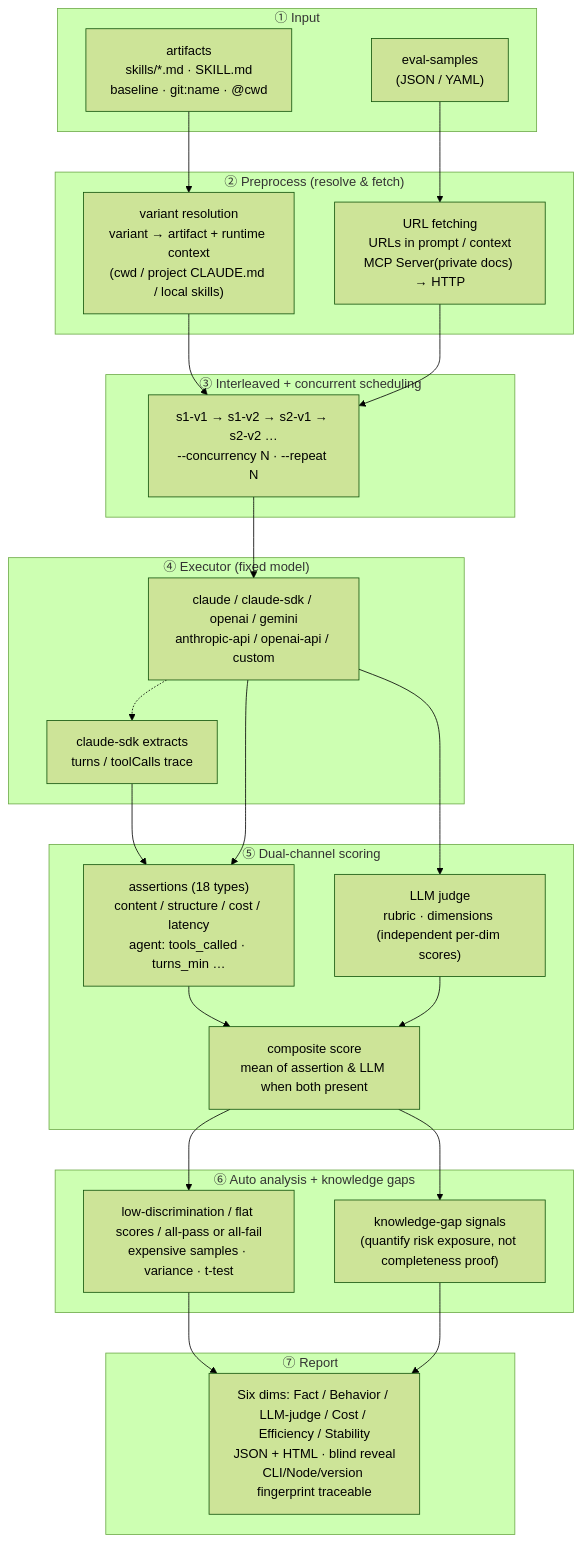
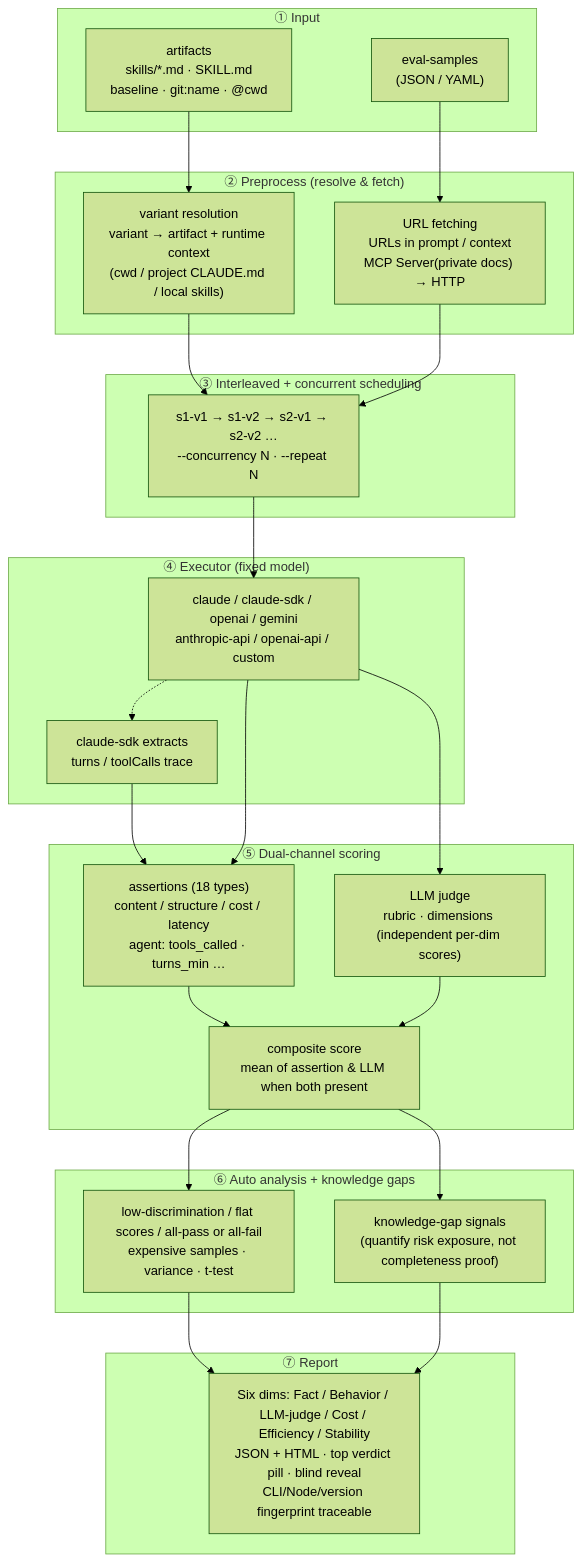
The diagram in README.md (lizhiyao/oh-my-knowledge), drawn with Mermaid (forest theme) before and after one commit. The commit also changed other lines of this file and 1 other file, not shown here.

First line of the commit message:
docs: README zh + en 同步更新到 v0.23 — verdict / RAG / budget / diagnose / failures

````diff
--- a/README.md
+++ b/README.md
@@ -91,52 +97,52 @@
 ```mermaid
 flowchart TD
     subgraph Input["① Input"]
         S["eval-samples<br/>(JSON / YAML)"]
         A["artifacts<br/>skills/*.md · SKILL.md<br/>baseline · git:name · @cwd"]
     end
 
     subgraph Prep["② Preprocess (resolve & fetch)"]
         V["variant resolution<br/>variant → artifact + runtime context<br/>(cwd / project CLAUDE.md / local skills)"]
         U["URL fetching<br/>URLs in prompt / context<br/>MCP Server(private docs) → HTTP"]
     end
 
     subgraph Schedule["③ Interleaved + concurrent scheduling"]
         Q["s1-v1 → s1-v2 → s2-v1 → s2-v2 …<br/>--concurrency N · --repeat N"]
     end
 
     subgraph Exec["④ Executor (fixed model)"]
         E["claude / claude-sdk / openai / gemini<br/>anthropic-api / openai-api / custom"]
         T["claude-sdk extracts<br/>turns / toolCalls trace"]
         E -.-> T
     end
 
     subgraph Score["⑤ Dual-channel scoring"]
         AS["assertions (18 types)<br/>content / structure / cost / latency<br/>agent: tools_called · turns_min …"]
         LS["LLM judge<br/>rubric · dimensions (independent per-dim scores)"]
         CS["composite score<br/>mean of assertion & LLM when both present"]
         AS --> CS
         LS --> CS
     end
 
     subgraph Analyze["⑥ Auto analysis + knowledge gaps"]
         D["low-discrimination / flat scores / all-pass or all-fail<br/>expensive samples · variance · t-test"]
         G["knowledge-gap signals<br/>(quantify risk exposure, not completeness proof)"]
     end
 
     subgraph Report["⑦ Report"]
-        R["Six dims: Fact / Behavior / LLM-judge / Cost / Efficiency / Stability<br/>JSON + HTML · blind reveal<br/>CLI/Node/version fingerprint traceable"]
+        R["Six dims: Fact / Behavior / LLM-judge / Cost / Efficiency / Stability<br/>JSON + HTML · top verdict pill · blind reveal<br/>CLI/Node/version fingerprint traceable"]
     end
 
     S --> U
     A --> V
     V --> Q
     U --> Q
     Q --> E
     T --> AS
     E --> AS
     E --> LS
     CS --> D
     CS --> G
     D --> R
     G --> R
 ```
````
